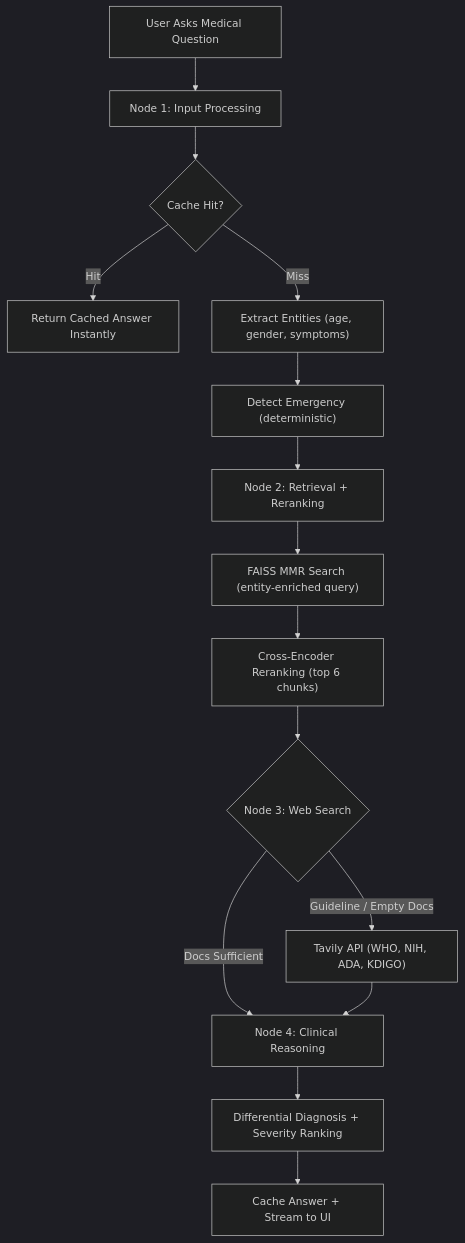
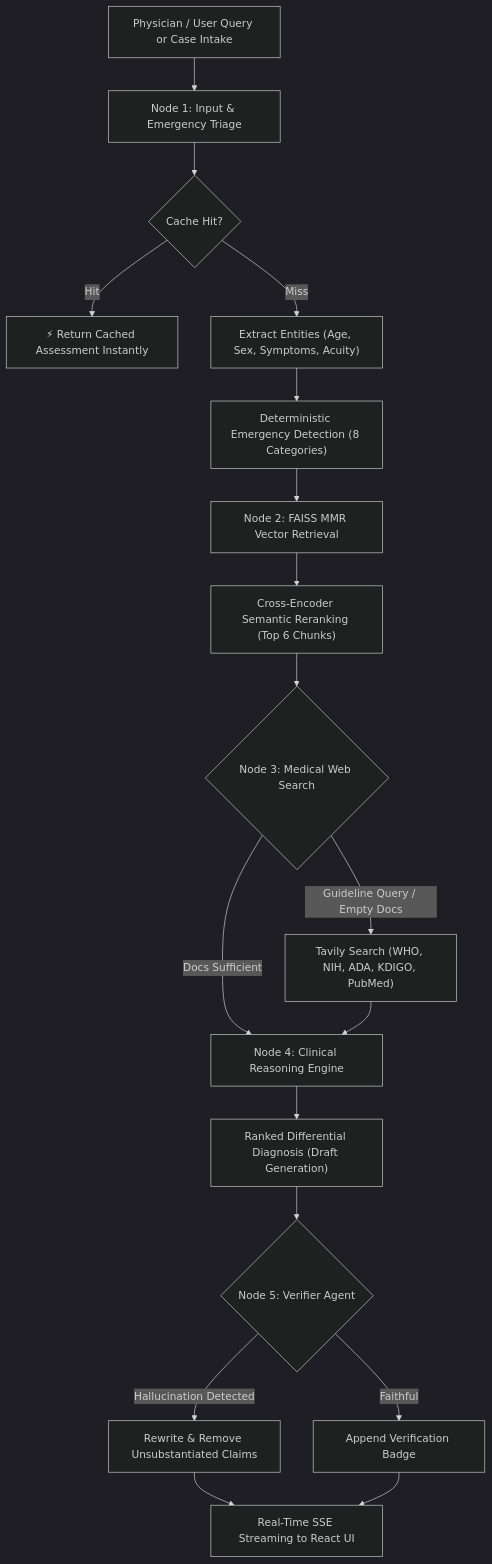
Before and after one commit to riteshpp05/MediGuide-AI: the diagram in README.md, drawn with Mermaid (dark theme). The commit also changed other lines of this file and 44 other files, not shown here.

````diff
--- a/README.md
+++ b/README.md
@@ -44,17 +54,20 @@
 ```mermaid
 flowchart TD
-    A["User Asks Medical Question"] --> B["Node 1: Input Processing"]
+    A["Physician / User Query or Case Intake"] --> B["Node 1: Input & Emergency Triage"]
     B --> C{"Cache Hit?"}
-    C -- "Hit" --> D["Return Cached Answer Instantly"]
-    C -- "Miss" --> E["Extract Entities (age, gender, symptoms)"]
-    E --> F["Detect Emergency (deterministic)"]
-    F --> G["Node 2: Retrieval + Reranking"]
-    G --> H["FAISS MMR Search (entity-enriched query)"]
-    H --> I["Cross-Encoder Reranking (top 6 chunks)"]
-    I --> J{"Node 3: Web Search"}
-    J -- "Guideline / Empty Docs" --> K["Tavily API (WHO, NIH, ADA, KDIGO)"]
-    J -- "Docs Sufficient" --> L["Node 4: Clinical Reasoning"]
-    K --> L
-    L --> M["Differential Diagnosis + Severity Ranking"]
-    M --> N["Cache Answer + Stream to UI"]
+    C -- "Hit" --> D["⚡ Return Cached Assessment Instantly"]
+    C -- "Miss" --> E["Extract Entities (Age, Sex, Symptoms, Acuity)"]
+    E --> F["Deterministic Emergency Detection (8 Categories)"]
+    F --> G["Node 2: FAISS MMR Vector Retrieval"]
+    G --> H["Cross-Encoder Semantic Reranking (Top 6 Chunks)"]
+    H --> I{"Node 3: Medical Web Search"}
+    I -- "Guideline Query / Empty Docs" --> J["Tavily Search (WHO, NIH, ADA, KDIGO, PubMed)"]
+    I -- "Docs Sufficient" --> K["Node 4: Clinical Reasoning Engine"]
+    J --> K
+    K --> L["Ranked Differential Diagnosis (Draft Generation)"]
+    L --> V{"Node 5: Verifier Agent"}
+    V -- "Hallucination Detected" --> W["Rewrite & Remove Unsubstantiated Claims"]
+    V -- "Faithful" --> X["Append Verification Badge"]
+    W --> M["Real-Time SSE Streaming to React UI"]
+    X --> M
 ```
````
